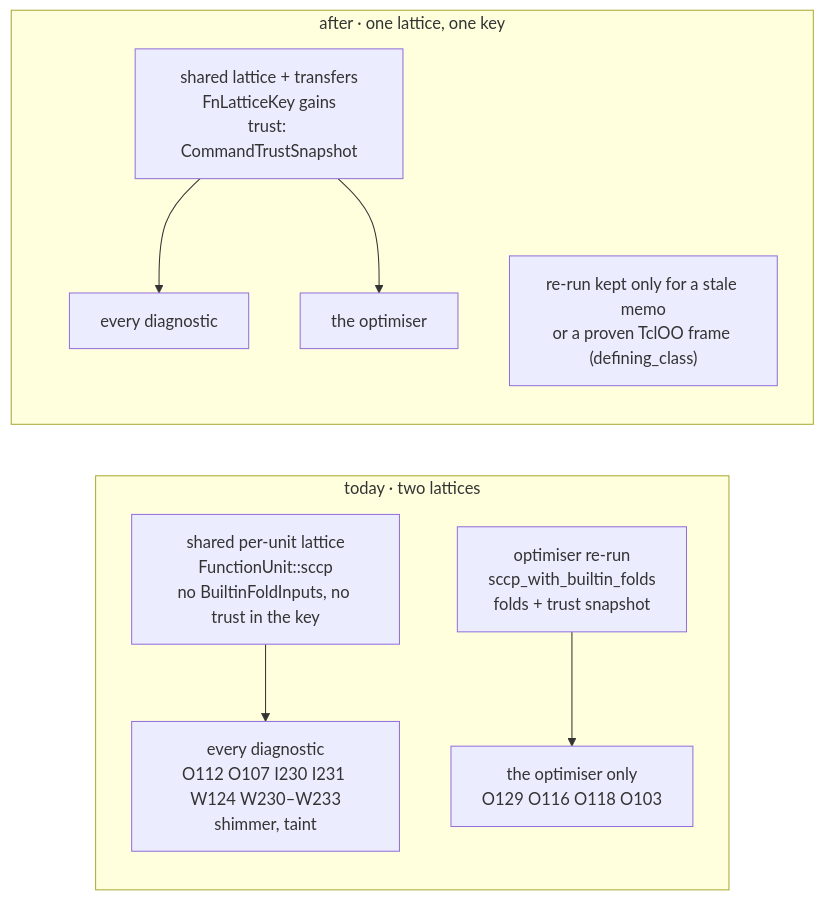
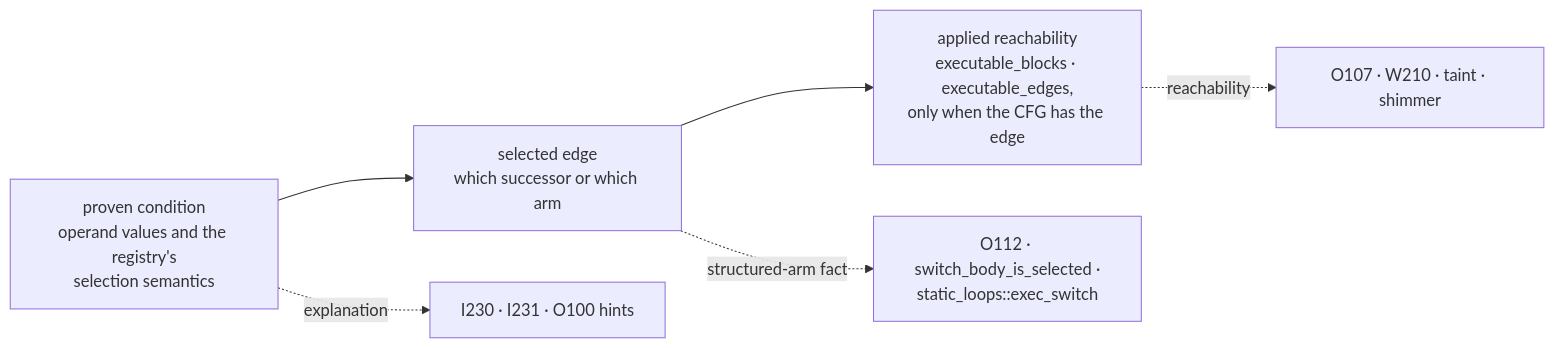
Before and after one commit to bitwisecook/tcl-lsp: the fourth of 5 diagrams in docs/design/compiler/value-transfers.md, drawn with Mermaid. The commit also changed other lines of this file and 7 other files, not shown here.

````diff
--- a/docs/design/compiler/value-transfers.md
+++ b/docs/design/compiler/value-transfers.md
@@ -920,12 +764,8 @@
 ```mermaid
 flowchart LR
-    subgraph today["today · two lattices"]
-        SL["shared per-unit lattice<br/>FunctionUnit::sccp<br/>no BuiltinFoldInputs, no trust in the key"] --> DG["every diagnostic<br/>O112 O107 I230 I231 W124 W230–W233<br/>shimmer, taint"]
-        RR["optimiser re-run<br/>sccp_with_builtin_folds<br/>folds + trust snapshot"] --> OP["the optimiser only<br/>O129 O116 O118 O103"]
-    end
-    subgraph after["after · one lattice, one key"]
-        ONE["shared lattice + transfers<br/>FnLatticeKey gains<br/>trust: CommandTrustSnapshot"] --> DG2["every diagnostic"]
-        ONE --> OP2["the optimiser"]
-        FB["re-run kept only for a stale memo<br/>or a proven TclOO frame (defining_class)"]
-    end
+    P["proven condition<br/>operand values and the registry's<br/>selection semantics"] --> E["selected edge<br/>which successor or which arm"]
+    E --> A["applied reachability<br/>executable_blocks · executable_edges,<br/>only when the CFG has the edge"]
+    P -. explanation .-> D["I230 · I231 · O100 hints"]
+    E -. structured-arm fact .-> S["O112 · switch_body_is_selected ·<br/>static_loops::exec_switch"]
+    A -. reachability .-> R["O107 · W210 · taint · shimmer"]
 ```
````
